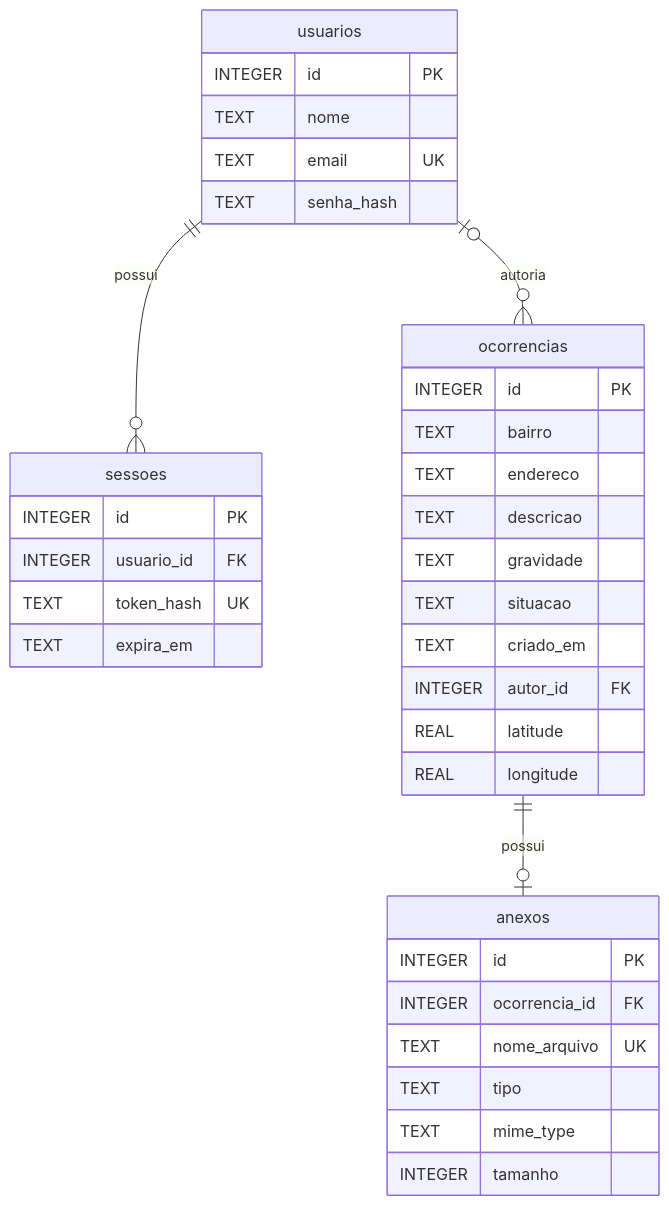
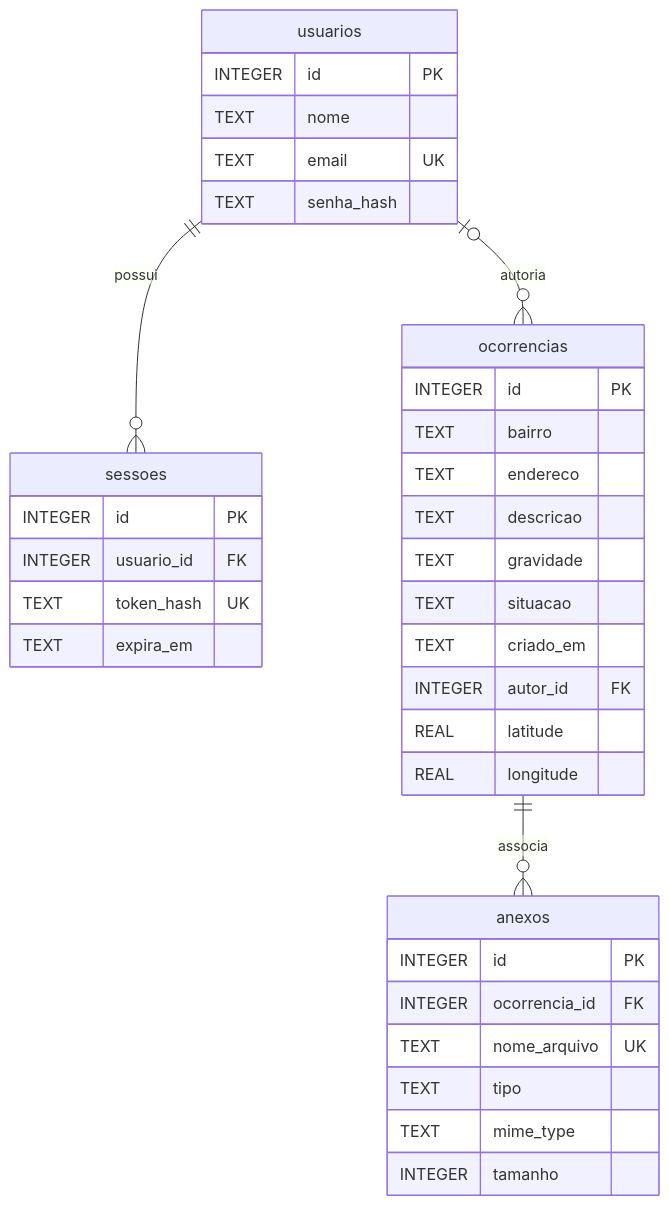
The fifth of 5 diagrams in documentacao/ARQUITETURA.md (matheuslagares/APS_8), drawn with Mermaid before and after one commit. The commit also changed other lines of this file and 33 other files, not shown here.

Commit message:
Organiza modelo preenchível da APS com UML, DER e orçamento de páginas

````diff
--- a/documentacao/ARQUITETURA.md
+++ b/documentacao/ARQUITETURA.md
@@ -146,38 +146,38 @@
 ```mermaid
 erDiagram
     usuarios ||--o{ sessoes : possui
     usuarios o|--o{ ocorrencias : autoria
-    ocorrencias ||--o| anexos : possui
+    ocorrencias ||--o{ anexos : associa
     usuarios {
         INTEGER id PK
         TEXT nome
         TEXT email UK
         TEXT senha_hash
     }
     sessoes {
         INTEGER id PK
         INTEGER usuario_id FK
         TEXT token_hash UK
         TEXT expira_em
     }
     ocorrencias {
         INTEGER id PK
         TEXT bairro
         TEXT endereco
         TEXT descricao
         TEXT gravidade
         TEXT situacao
         TEXT criado_em
         INTEGER autor_id FK
         REAL latitude
         REAL longitude
     }
     anexos {
         INTEGER id PK
         INTEGER ocorrencia_id FK
         TEXT nome_arquivo UK
         TEXT tipo
         TEXT mime_type
         INTEGER tamanho
     }
 ```
````
